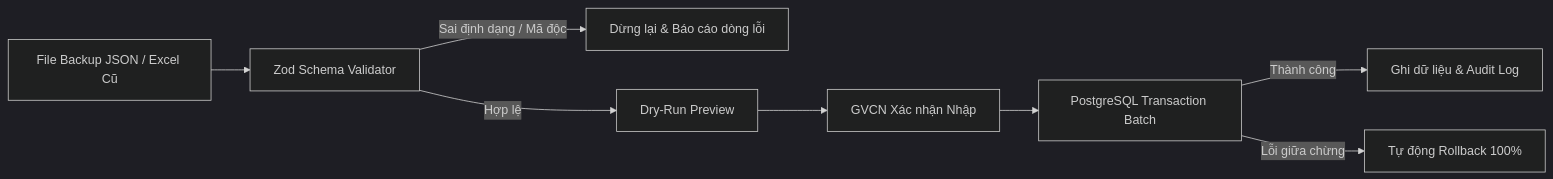
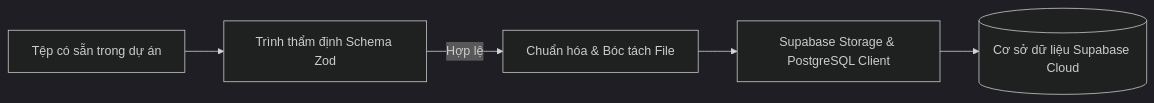
One commit to bopv2848/Web-GVCN changed the first of 2 diagrams in docs/04-migration-and-delivery-plan.md. Above: the diagram before and after it, drawn with Mermaid (dark theme). The commit also changed other lines of this file and 77 other files, not shown here.

````diff
--- a/docs/04-migration-and-delivery-plan.md
+++ b/docs/04-migration-and-delivery-plan.md
@@ -27,10 +31,7 @@
 ```mermaid
 flowchart LR
-    A[File Backup JSON / Excel Cũ] --> B[Zod Schema Validator]
-    B -->|Sai định dạng / Mã độc| C[Dừng lại & Báo cáo dòng lỗi]
-    B -->|Hợp lệ| D[Dry-Run Preview]
-    D --> E[GVCN Xác nhận Nhập]
-    E --> F[PostgreSQL Transaction Batch]
-    F -->|Thành công| G[Ghi dữ liệu & Audit Log]
-    F -->|Lỗi giữa chừng| H[Tự động Rollback 100%]
+    Source[Tệp có sẵn trong dự án] --> Validator[Trình thẩm định Schema Zod]
+    Validator -- Hợp lệ --> Transformer[Chuẩn hóa & Bóc tách File]
+    Transformer --> Uploader[Supabase Storage & PostgreSQL Client]
+    Uploader --> CloudDB[(Cơ sở dữ liệu Supabase Cloud)]
 ```
````
